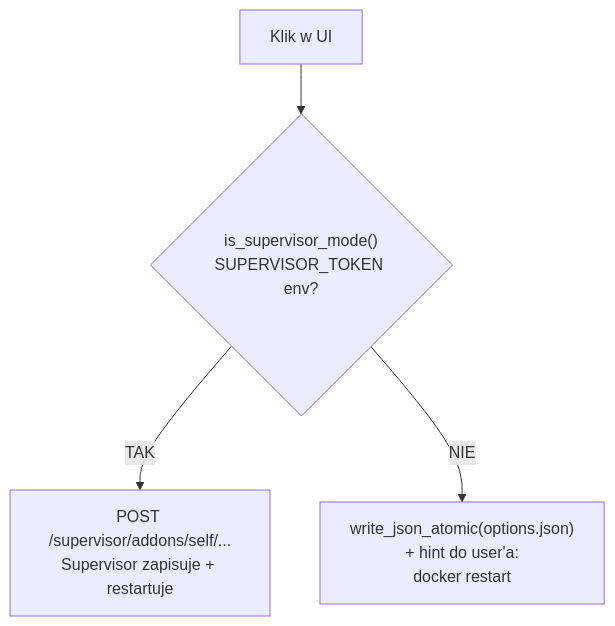
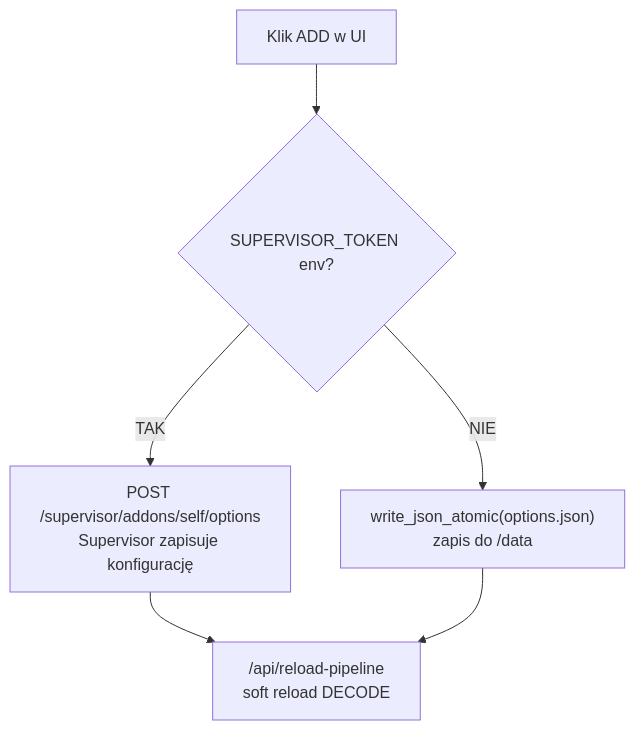
The sixth of 7 diagrams in docs/README.pl.md (Kustonium/homeassistant-wmbus-mqtt-bridge), drawn with Mermaid before and after one commit. The commit also changed other lines of this file and 6 other files, not shown here.

````diff
--- a/docs/README.pl.md
+++ b/docs/README.pl.md
@@ -670,6 +650,8 @@
 ```mermaid
 flowchart TD
-  A["Klik w UI"] --> B{"is_supervisor_mode()<br/>SUPERVISOR_TOKEN env?"}
-  B -- "TAK" --> C["POST /supervisor/addons/self/...<br/>Supervisor zapisuje + restartuje"]
-  B -- "NIE" --> D["write_json_atomic(options.json)<br/>+ hint do user'a:<br/>docker restart"]
+  A["Klik ADD w UI"] --> B{"SUPERVISOR_TOKEN env?"}
+  B -- "TAK" --> C["POST /supervisor/addons/self/options<br/>Supervisor zapisuje konfigurację"]
+  B -- "NIE" --> D["write_json_atomic(options.json)<br/>zapis do /data"]
+  C --> E["/api/reload-pipeline<br/>soft reload DECODE"]
+  D --> E
 ```
````
